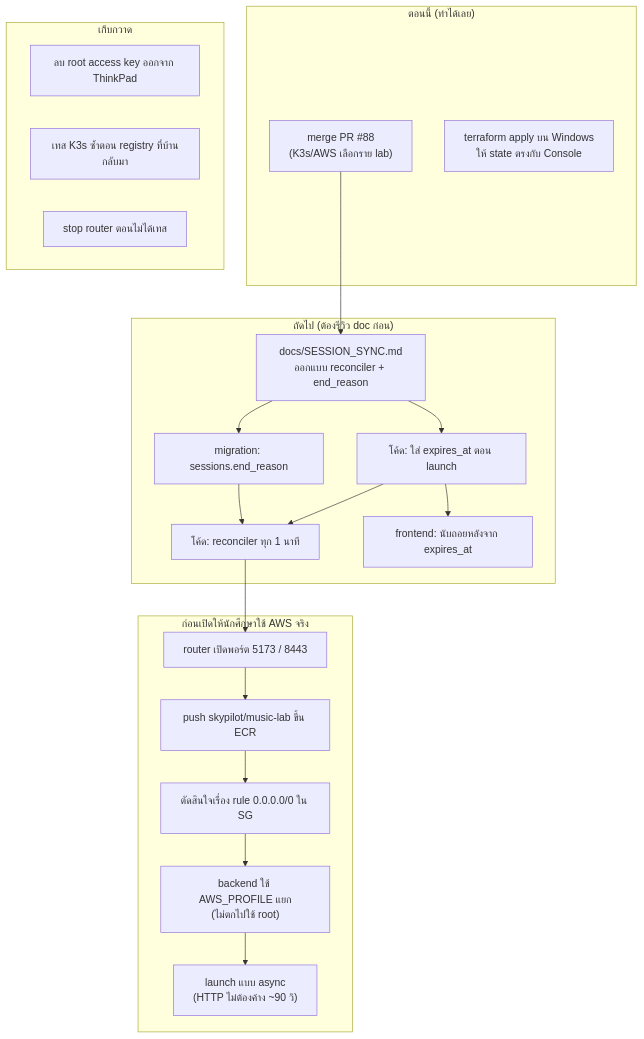
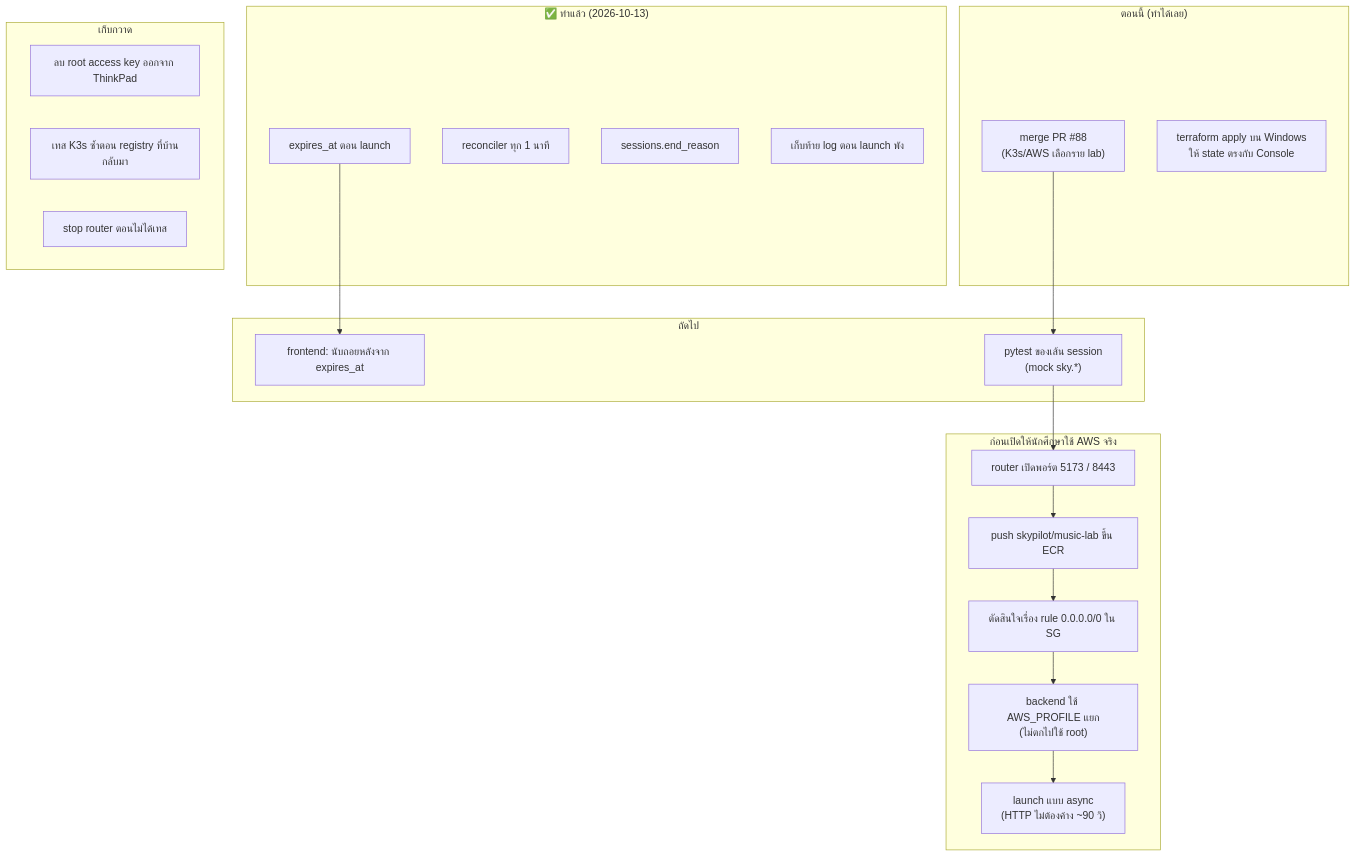
One commit to NawapatThumthaisong97/VirtualLabtest changed the eighth of 8 diagrams in docs/AWS_LAB_FLOW.md. Above: the diagram before and after it, drawn with Mermaid. The commit also changed other lines of this file and 2 other files, not shown here.

Commit message:
docs(session): อัปเดต reconciler, end_reason และวิธี migrate
- DB_DIAGRAM.md: end_reason ใน ER และข้อ 4 คำสั่ง migrate / ย้อนกลับ (ไม่ต้อง drop DB)
- Flow.md: หัวข้อ 5.1 reconciler, end_reason ในแผนภาพสถานะ, expires_at และ log tail ตอน launch พัง,
  ผลเทส reconciler กับ AWS
- AWS_LAB_FLOW.md: session sync ทำแล้ว, ตาราง database อัปเดตสถานะ, ลำดับงานถัดไป

````diff
--- a/docs/AWS_LAB_FLOW.md
+++ b/docs/AWS_LAB_FLOW.md
@@ -279,35 +280,38 @@
 ```mermaid
 flowchart TD
     subgraph NOW["ตอนนี้ (ทำได้เลย)"]
         A1["merge PR #88<br/>(K3s/AWS เลือกราย lab)"]
         A2["terraform apply บน Windows<br/>ให้ state ตรงกับ Console"]
     end
 
-    subgraph NEXT["ถัดไป (ต้องรีวิว doc ก่อน)"]
-        B1["docs/SESSION_SYNC.md<br/>ออกแบบ reconciler + end_reason"]
-        B2["โค้ด: ใส่ expires_at ตอน launch"]
-        B3["โค้ด: reconciler ทุก 1 นาที"]
-        B4["migration: sessions.end_reason"]
+    subgraph DONE2["✅ ทำแล้ว (2026-10-13)"]
+        B2["expires_at ตอน launch"]
+        B3["reconciler ทุก 1 นาที"]
+        B4["sessions.end_reason"]
+        B6["เก็บท้าย log ตอน launch พัง"]
+    end
+
+    subgraph NEXT["ถัดไป"]
         B5["frontend: นับถอยหลังจาก expires_at"]
+        B7["pytest ของเส้น session<br/>(mock sky.*)"]
     end
 
     subgraph LATER["ก่อนเปิดให้นักศึกษาใช้ AWS จริง"]
         C1["router เปิดพอร์ต 5173 / 8443"]
         C2["push skypilot/music-lab ขึ้น ECR"]
         C3["ตัดสินใจเรื่อง rule 0.0.0.0/0 ใน SG"]
         C4["backend ใช้ AWS_PROFILE แยก<br/>(ไม่ตกไปใช้ root)"]
         C5["launch แบบ async<br/>(HTTP ไม่ต้องค้าง ~90 วิ)"]
     end
 
     subgraph HOUSE["เก็บกวาด"]
         D1["ลบ root access key ออกจาก ThinkPad"]
         D2["เทส K3s ซ้ำตอน registry ที่บ้านกลับมา"]
         D3["stop router ตอนไม่ได้เทส"]
     end
 
-    A1 --> B1 --> B2 --> B3
-    B1 --> B4 --> B3
+    A1 --> B7
     B2 --> B5
-    B3 --> C1
+    B7 --> C1
     C1 --> C2 --> C3 --> C4 --> C5
 ```
````
